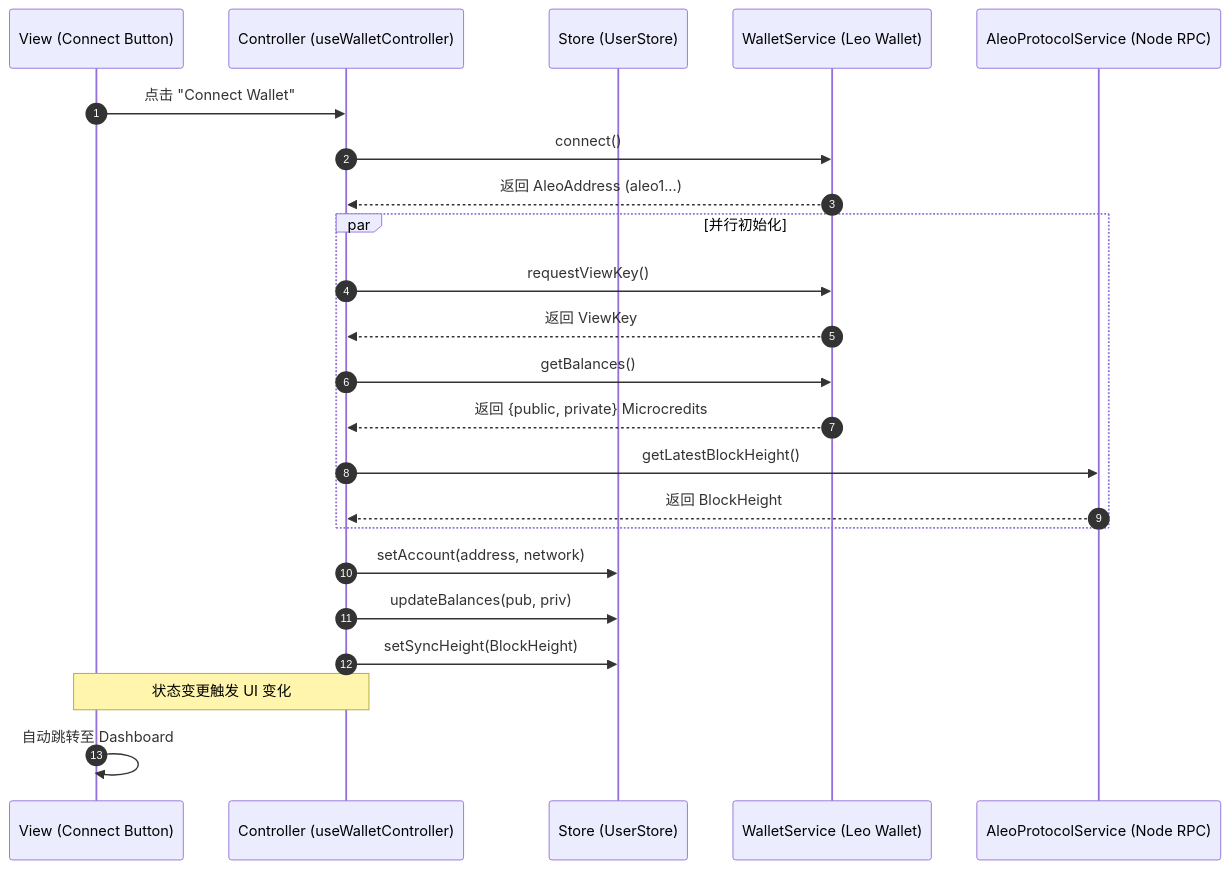
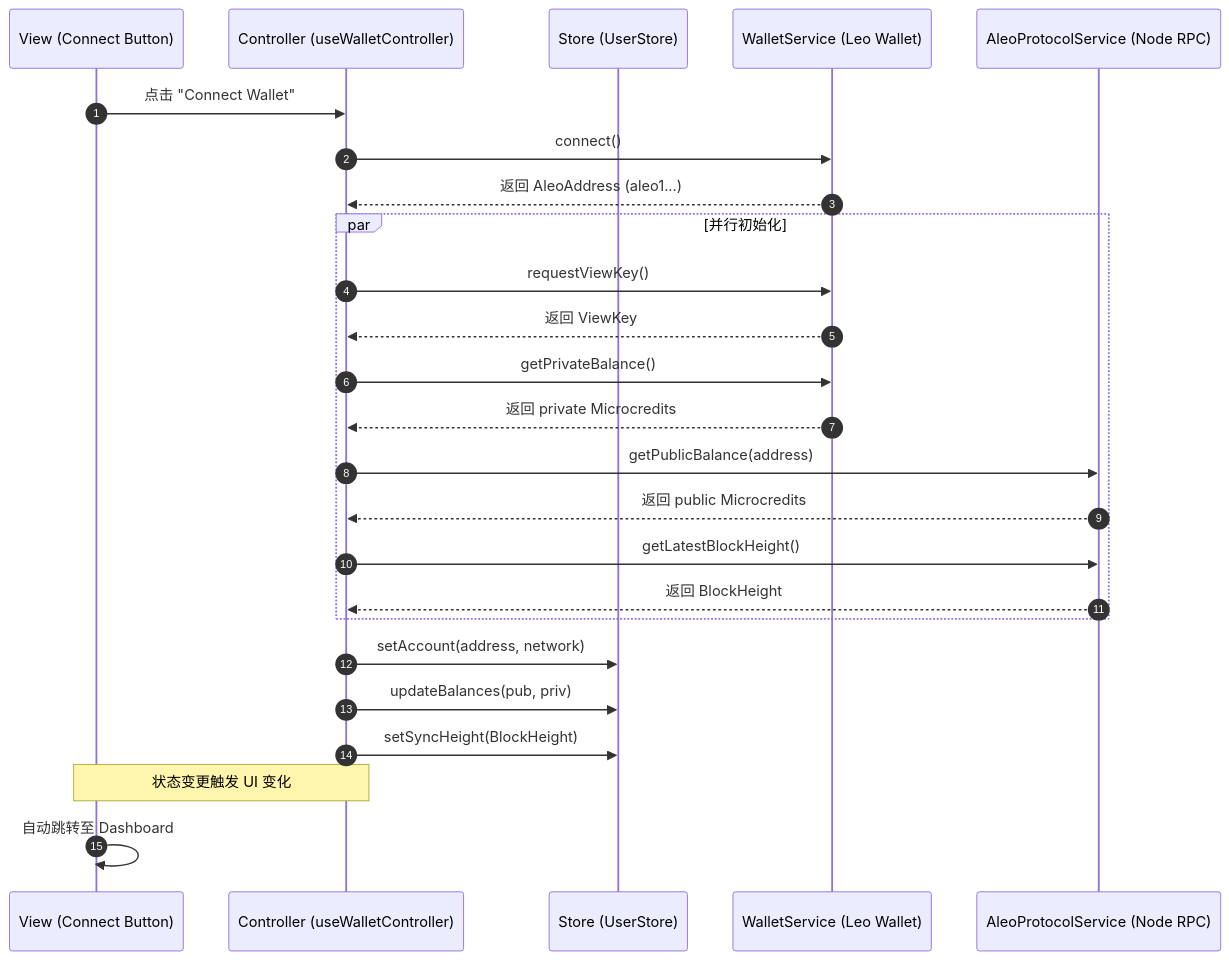
The third of 8 diagrams in docs/ARCHITECTURE_NEW.md (WHXisWH/alpaca-invoice), drawn with Mermaid before and after one commit. The commit also changed other lines of this file, not shown here.

````diff
--- a/docs/ARCHITECTURE_NEW.md
+++ b/docs/ARCHITECTURE_NEW.md
@@ -151,27 +236,29 @@
 ```mermaid
 sequenceDiagram
     autonumber
     participant V as View (Connect Button)
     participant C as Controller (useWalletController)
     participant S as Store (UserStore)
     participant WS as WalletService (Leo Wallet)
     participant PS as AleoProtocolService (Node RPC)
     V->>C: 点击 "Connect Wallet"
     C->>WS: connect()
     WS-->>C: 返回 AleoAddress (aleo1...)
     
     par 并行初始化
         C->>WS: requestViewKey()
         WS-->>C: 返回 ViewKey
-        C->>WS: getBalances()
-        WS-->>C: 返回 {public, private} Microcredits
+        C->>WS: getPrivateBalance()
+        WS-->>C: 返回 private Microcredits
+        C->>PS: getPublicBalance(address)
+        PS-->>C: 返回 public Microcredits
         C->>PS: getLatestBlockHeight()
         PS-->>C: 返回 BlockHeight
     end
     C->>S: setAccount(address, network)
     C->>S: updateBalances(pub, priv)
     C->>S: setSyncHeight(BlockHeight)
     
     Note over C,V: 状态变更触发 UI 变化
     V->>V: 自动跳转至 Dashboard
 ```
````
